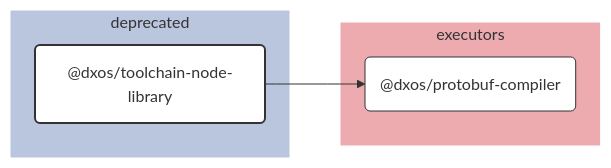
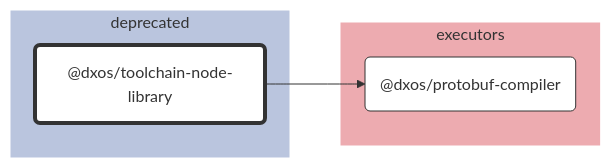
Before and after one commit to dxos/dxos: the diagram in tools/deprecated/toolchain-node-library/docs/README.md, drawn with Mermaid. The commit also changed 683 other files, not shown here.

````diff
--- a/tools/deprecated/toolchain-node-library/docs/README.md
+++ b/tools/deprecated/toolchain-node-library/docs/README.md
@@ -7,34 +7,27 @@
 ```mermaid
 %%{ init: {'flowchart':{'curve':'basis'}} }%%
 
 flowchart LR
 
-%% Links
-dxos/toolchain-node-library --> dxos/protobuf-compiler;
+%% Classes
+classDef def fill:#fff,stroke:#333,stroke-width:1px
+classDef root fill:#fff,stroke:#333,stroke-width:4px
 
-%% Sections
-subgraph deprecated
-  style deprecated fill:#bac5de,stroke:#fff;
+%% Nodes
 
-  dxos/toolchain-node-library("@dxos/toolchain-node-library")
+subgraph deprecated [deprecated]
+  style deprecated fill:#bac5de,stroke:#fff
+  dxos/toolchain-node-library("@dxos/toolchain-node-library"):::root
+  click dxos/toolchain-node-library "dxos/dxos/tree/main/tools/deprecated/toolchain-node-library/docs"
 end
 
-subgraph executors
-  style executors fill:#edabb0,stroke:#fff;
-
-  dxos/protobuf-compiler("@dxos/protobuf-compiler")
+subgraph executors [executors]
+  style executors fill:#edabb0,stroke:#fff
+  dxos/protobuf-compiler("@dxos/protobuf-compiler"):::def
+  click dxos/protobuf-compiler "dxos/dxos/tree/main/tools/executors/protobuf-compiler/docs"
 end
 
-
-%% Hyperlinks
-click dxos/protobuf-compiler "dxos/dxos/tree/main/tools/executors/protobuf-compiler/docs";
-
-%% Styles
-classDef rootNode fill:#fff,stroke:#333,stroke-width:2px
-classDef defaultNode fill:#fff,stroke:#333,stroke-width:1px
+%% Links
 linkStyle default stroke:#333,stroke-width:1px
-
-dxos/toolchain-node-library:::rootNode
-
-dxos/protobuf-compiler:::defaultNode
+dxos/toolchain-node-library --> dxos/protobuf-compiler
 ```
````
